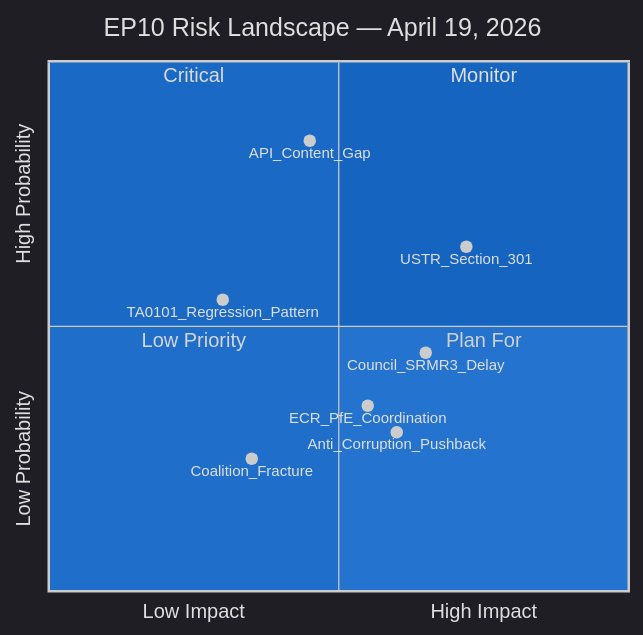
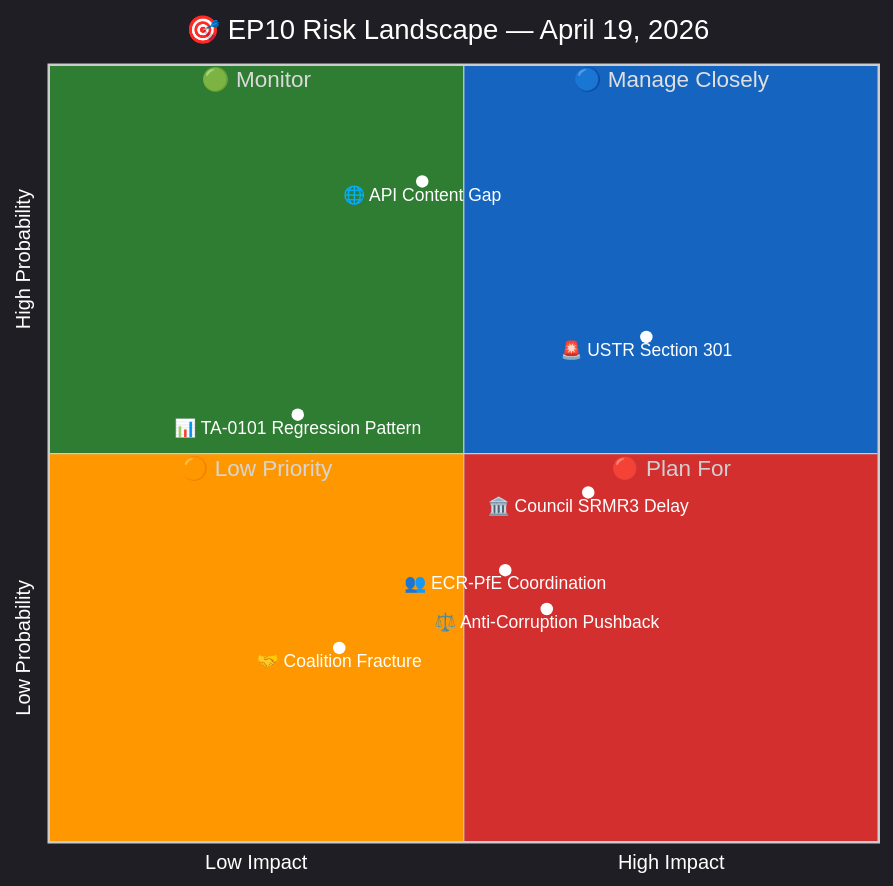
Before and after one commit to Hack23/euparliamentmonitor: the diagram in analysis/daily/2026-04-19/breaking-run188/risk-scoring/risk-matrix.md, drawn with Mermaid. The commit also changed other lines of this file and 13 other files, not shown here.

````diff
--- a/analysis/daily/2026-04-19/breaking-run188/risk-scoring/risk-matrix.md
+++ b/analysis/daily/2026-04-19/breaking-run188/risk-scoring/risk-matrix.md
@@ -13,18 +13,40 @@
 ```mermaid
-%%{init: {'theme': 'dark', 'themeVariables': {'primaryColor': '#1565C0'}}}%%
+%%{init: {
+  "theme": "dark",
+  "themeVariables": {
+    "quadrant1Fill": "#1565C0",
+    "quadrant2Fill": "#2E7D32",
+    "quadrant3Fill": "#FF9800",
+    "quadrant4Fill": "#D32F2F",
+    "quadrantTitleFill": "#ffffff",
+    "quadrantPointFill": "#ffffff",
+    "quadrantPointTextFill": "#ffffff",
+    "quadrantXAxisTextFill": "#ffffff",
+    "quadrantYAxisTextFill": "#ffffff"
+  },
+  "quadrantChart": {
+    "chartWidth": 700,
+    "chartHeight": 700,
+    "pointLabelFontSize": 14,
+    "titleFontSize": 22,
+    "quadrantLabelFontSize": 18,
+    "xAxisLabelFontSize": 16,
+    "yAxisLabelFontSize": 16
+  }
+}}%%
 quadrantChart
-    title EP10 Risk Landscape — April 19, 2026
-    x-axis Low Impact --> High Impact
-    y-axis Low Probability --> High Probability
-    quadrant-1 Monitor
-    quadrant-2 Critical
-    quadrant-3 Low Priority
-    quadrant-4 Plan For
-    USTR_Section_301: [0.72, 0.65]
-    API_Content_Gap: [0.45, 0.85]
-    Coalition_Fracture: [0.35, 0.25]
-    Council_SRMR3_Delay: [0.65, 0.45]
-    ECR_PfE_Coordination: [0.55, 0.35]
-    Anti_Corruption_Pushback: [0.60, 0.30]
-    TA0101_Regression_Pattern: [0.30, 0.55]
+    title 🎯 EP10 Risk Landscape — April 19, 2026
+    x-axis "Low Impact" --> "High Impact"
+    y-axis "Low Probability" --> "High Probability"
+    quadrant-1 "🔵 Manage Closely"
+    quadrant-2 "🟢 Monitor"
+    quadrant-3 "🟠 Low Priority"
+    quadrant-4 "🔴 Plan For"
+    "🚨 USTR Section 301": [0.72, 0.65]
+    "🌐 API Content Gap": [0.45, 0.85]
+    "🤝 Coalition Fracture": [0.35, 0.25]
+    "🏛️ Council SRMR3 Delay": [0.65, 0.45]
+    "👥 ECR-PfE Coordination": [0.55, 0.35]
+    "⚖️ Anti-Corruption Pushback": [0.60, 0.30]
+    "📊 TA-0101 Regression Pattern": [0.30, 0.55]
 ```
````
